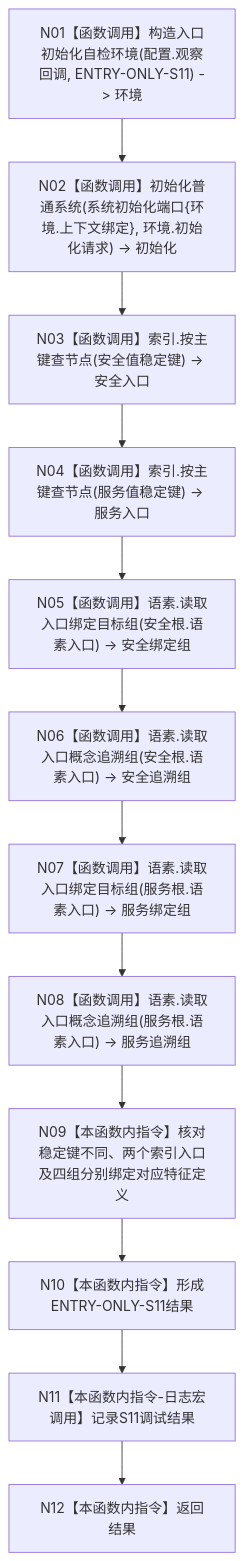
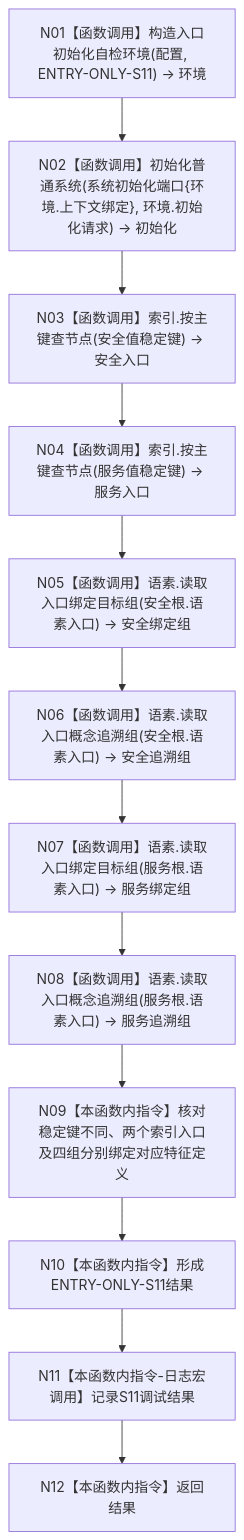
Before and after one commit to chunhaizh-cyber/HY-Ego: the diagram in 流程图/20260726_ENTRY-ONLY_S11_根需求稳定语义与特征定义_施工流程图_v0.1.md, drawn with Mermaid. The commit also changed other lines of this file and 51 other files, not shown here.

Commit message:
修订 ENTRY-ONLY 登记设计合同

````diff
--- a/流程图/20260726_ENTRY-ONLY_S11_根需求稳定语义与特征定义_施工流程图_v0.1.md
+++ b/流程图/20260726_ENTRY-ONLY_S11_根需求稳定语义与特征定义_施工流程图_v0.1.md
@@ -27,14 +27,14 @@
 ```mermaid
 flowchart TD
-    N01["N01【函数调用】构造入口初始化自检环境(配置.观察回调, ENTRY-ONLY-S11) -> 环境"] --> N02["N02【函数调用】初始化普通系统(系统初始化端口{环境.上下文绑定}, 环境.初始化请求) -> 初始化"]
+    N01["N01【函数调用】构造入口初始化自检环境(配置, ENTRY-ONLY-S11) -> 环境"] --> N02["N02【函数调用】初始化普通系统(系统初始化端口{环境.上下文绑定}, 环境.初始化请求) -> 初始化"]
     N02 --> N03["N03【函数调用】索引.按主键查节点(安全值稳定键) -> 安全入口"]
     N03 --> N04["N04【函数调用】索引.按主键查节点(服务值稳定键) -> 服务入口"]
     N04 --> N05["N05【函数调用】语素.读取入口绑定目标组(安全根.语素入口) -> 安全绑定组"]
     N05 --> N06["N06【函数调用】语素.读取入口概念追溯组(安全根.语素入口) -> 安全追溯组"]
     N06 --> N07["N07【函数调用】语素.读取入口绑定目标组(服务根.语素入口) -> 服务绑定组"]
     N07 --> N08["N08【函数调用】语素.读取入口概念追溯组(服务根.语素入口) -> 服务追溯组"]
     N08 --> N09["N09【本函数内指令】核对稳定键不同、两个索引入口及四组分别绑定对应特征定义"]
     N09 --> N10["N10【本函数内指令】形成ENTRY-ONLY-S11结果"]
     N10 --> N11["N11【本函数内指令-日志宏调用】记录S11调试结果"]
     N11 --> N12["N12【本函数内指令】返回结果"]
 ```
````
